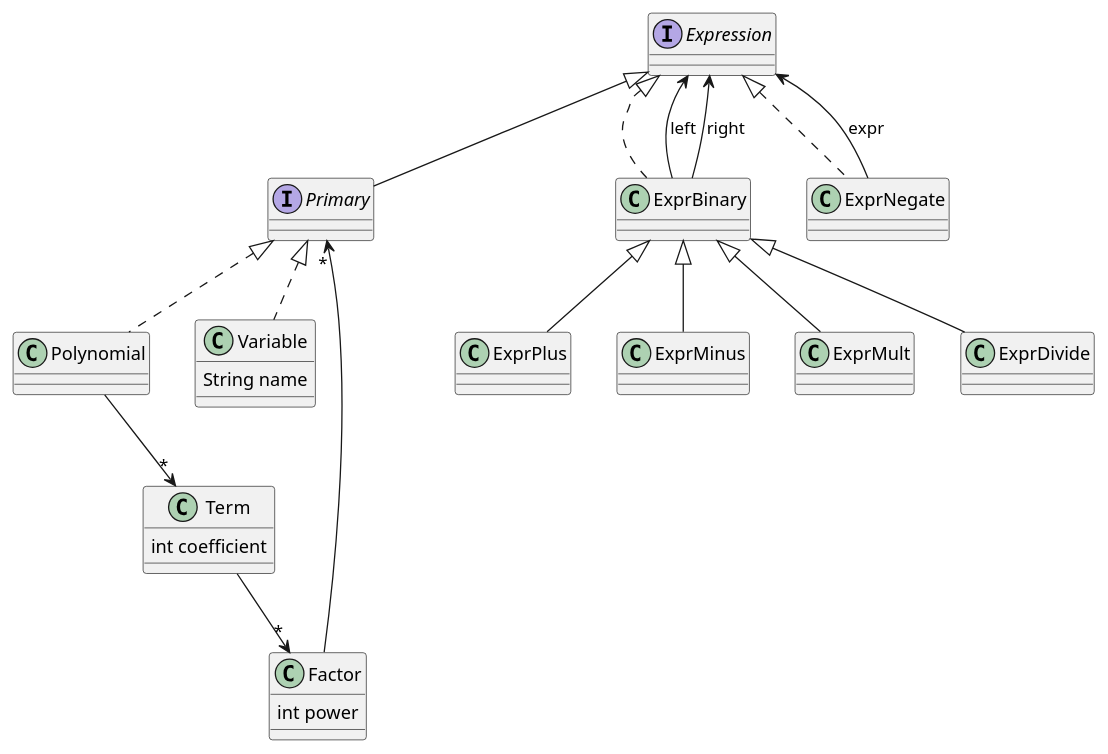
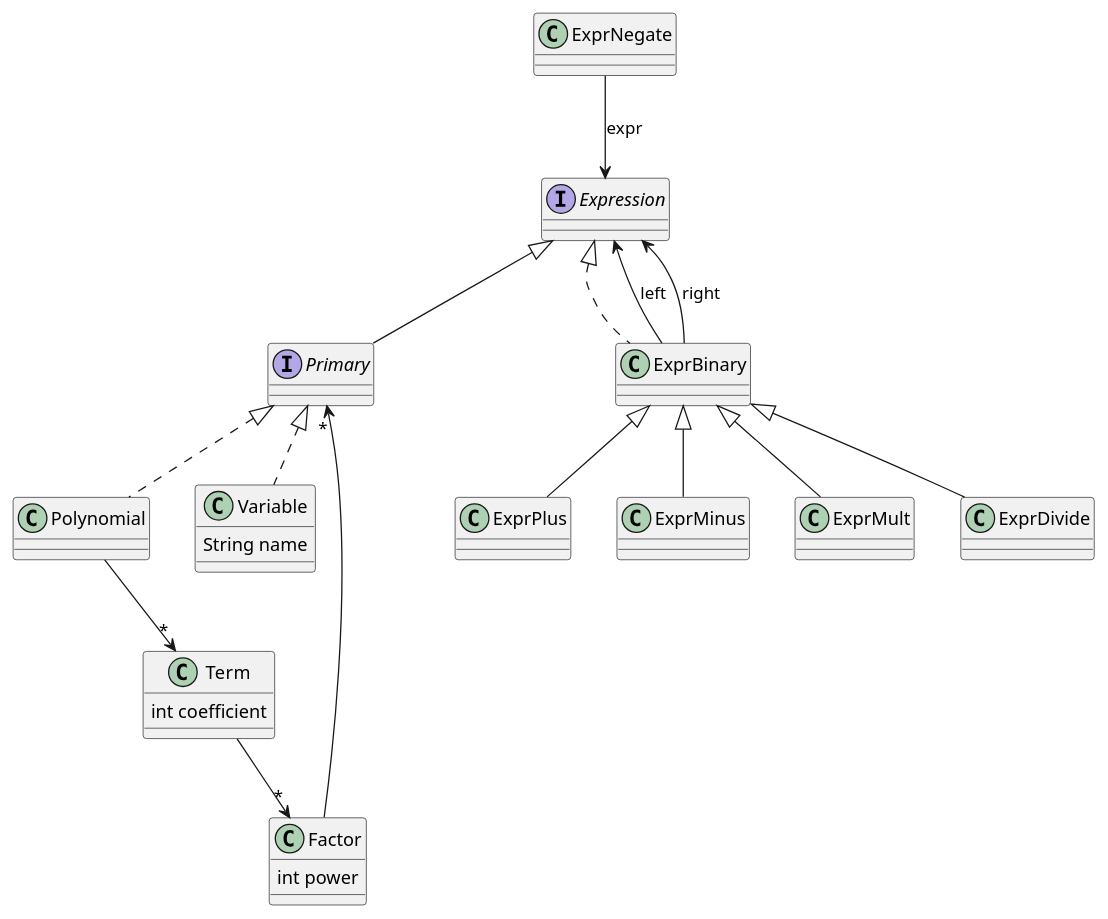
Before and after one commit to saka1029/form: the diagram in doc/classes.plantuml, drawn with PlantUML. The commit also changed 3 other files, not shown here.

```diff
--- a/doc/classes.plantuml
+++ b/doc/classes.plantuml
@@ -1,35 +1,34 @@
 @startuml form
 interface Expression
 class ExprBinary
 class ExprNegate
 class ExprPlus
 class ExprMinus
 class ExprMult
 class ExprDivide
 interface Primary
 class Polynomial
 class Term {
     int coefficient
 }
 class Factor {
     int power
 }
 class Variable {
     String name
 }
-ExprNegate .up.|> Expression
 ExprBinary .up.|> Expression
 ExprPlus -up-|> ExprBinary
 ExprMinus -up-|> ExprBinary
 ExprMult -up-|> ExprBinary
 ExprDivide -up-|> ExprBinary
 Primary -up-|> Expression
 Polynomial .up.|> Primary
 Variable .up.|> Primary
 ExprNegate --> Expression : expr
 ExprBinary --> Expression : left
 ExprBinary --> Expression : right
 Polynomial --> "*" Term
 Term --> "*" Factor
 Factor -->  "*"Primary
 @enduml
```
